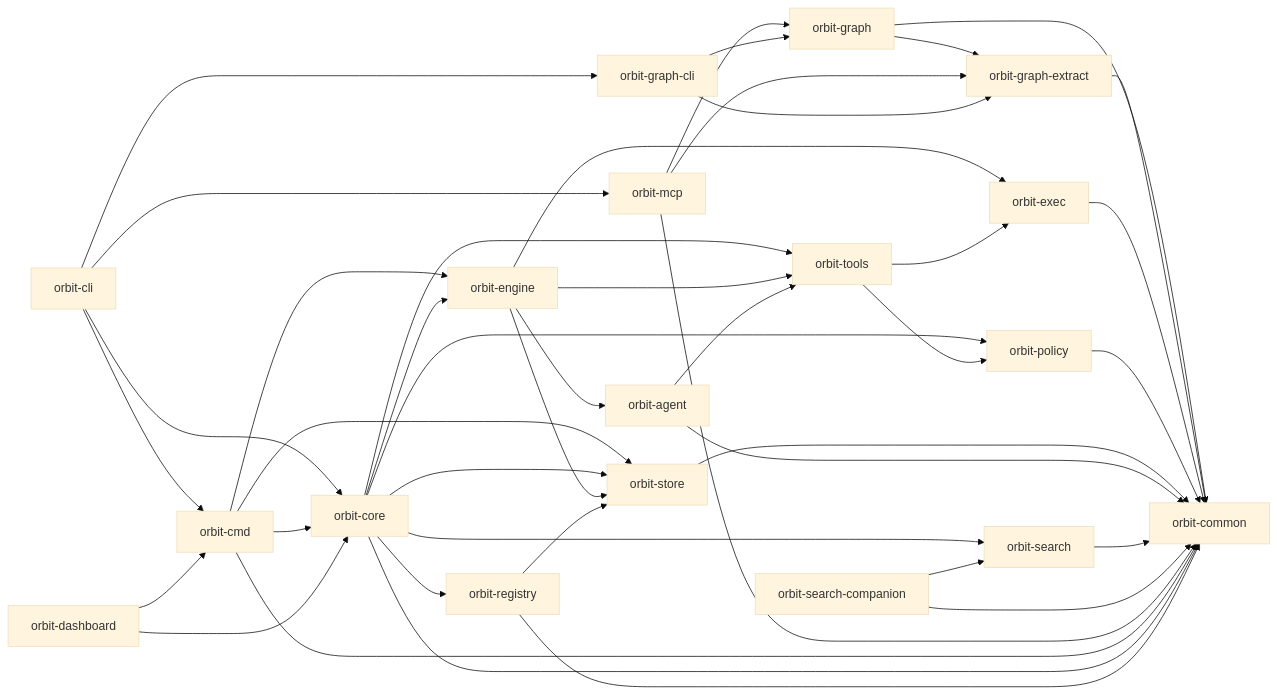
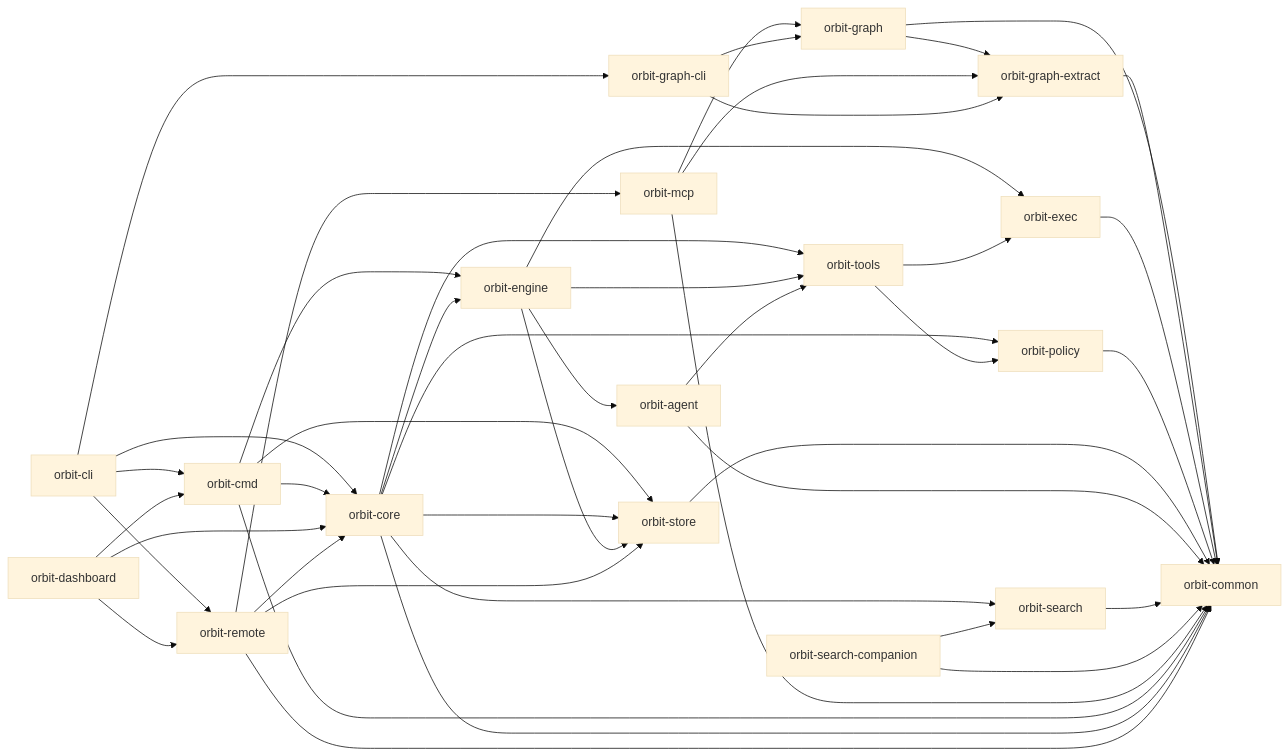
The diagram in ARCHITECTURE.md (danieljhkim/orbit), drawn with Mermaid (base theme) before and after one commit. The commit also changed other lines of this file and 19 other files, not shown here.

Commit message:
refactor: move remote MCP runtime into feature crate [ORB-10319]

````diff
--- a/ARCHITECTURE.md
+++ b/ARCHITECTURE.md
@@ -5,44 +5,46 @@
 ```mermaid
 flowchart LR
   CLI["orbit-cli"] --> Core["orbit-core"]
   CLI --> Cmd["orbit-cmd"]
-  CLI --> MCP["orbit-mcp"]
+  CLI --> Remote["orbit-remote"]
   CLI --> GraphCli["orbit-graph-cli"]
   Cmd --> Core
   Cmd --> Engine
   Cmd --> Store
   Core --> Engine["orbit-engine"]
   Core --> Store["orbit-store"]
-  Core --> Registry["orbit-registry"]
   Core --> Tools["orbit-tools"]
   Core --> Search["orbit-search"]
   Core --> Policy["orbit-policy"]
   Engine --> Agent["orbit-agent"]
   Engine --> Store
   Engine --> Exec["orbit-exec"]
   Engine --> Tools
   Agent --> Tools
   Graph["orbit-graph"] --> GraphExtract["orbit-graph-extract"]
   Graph --> Common
   GraphExtract --> Common
   MCP --> Graph
   MCP --> GraphExtract
   Tools --> Exec["orbit-exec"]
   Tools --> Policy
   Exec --> Common["orbit-common"]
   Policy --> Common
   Store --> Common
   Agent --> Common
   Search --> Common
   SearchCompanion["orbit-search-companion"] --> Search
   SearchCompanion --> Common
   GraphCli["orbit-graph-cli"] --> Graph
   GraphCli --> GraphExtract
   MCP --> Common
   Dashboard["orbit-dashboard"] --> Core
   Dashboard --> Cmd
   Cmd --> Common
   Core --> Common
-  Registry --> Store
-  Registry --> Common
+  Remote --> Core
+  Remote --> MCP["orbit-mcp"]
+  Remote --> Store
+  Remote --> Common
+  Dashboard --> Remote
 ```
````
